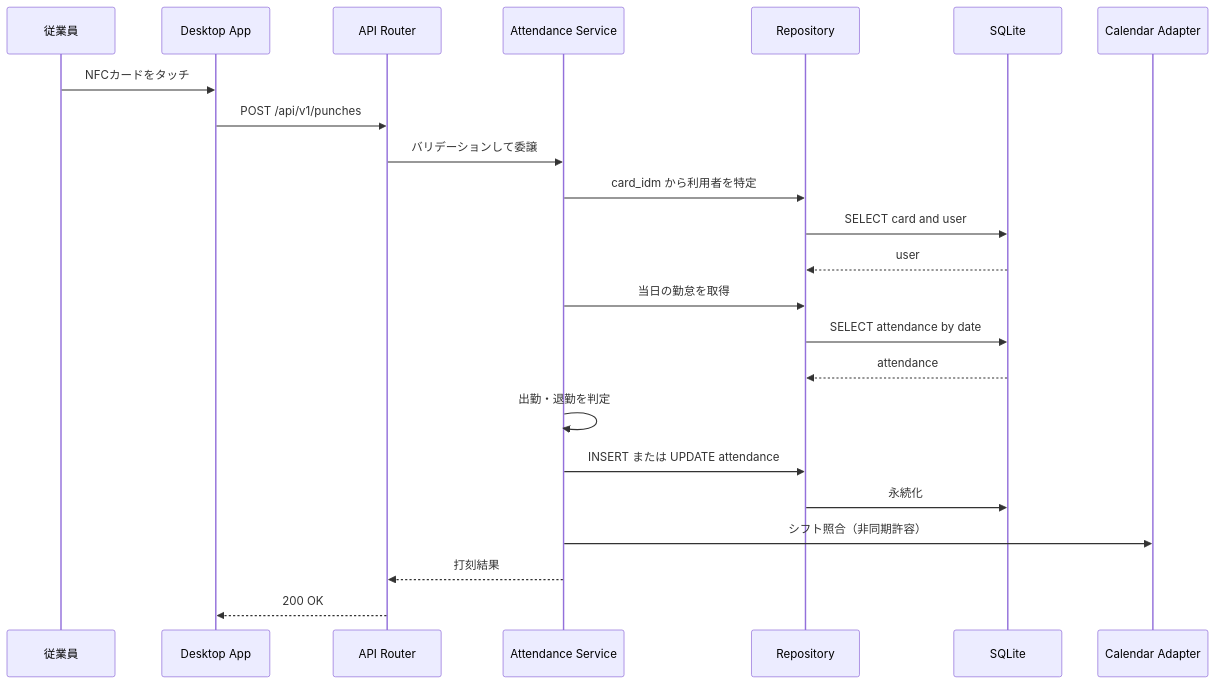
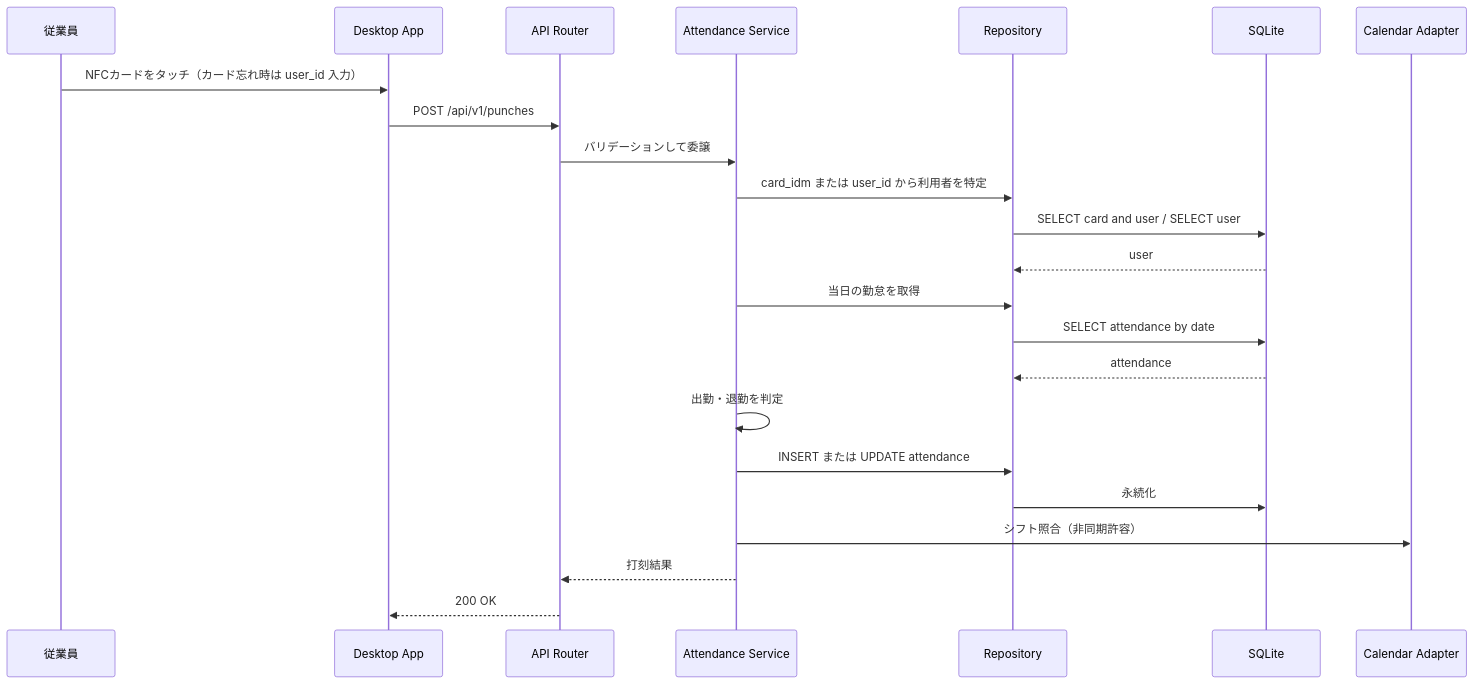
One commit to tukumanalab/kint changed the second of 3 diagrams in docs/architecture.md. Above: the diagram before and after it, drawn with Mermaid. The commit also changed other lines of this file and 2 other files, not shown here.

Commit message:
feat: Enhance API documentation and database design for user_id punch feature

````diff
--- a/docs/architecture.md
+++ b/docs/architecture.md
@@ -54,26 +54,26 @@
 ```mermaid
 sequenceDiagram
   participant Emp as 従業員
   participant Desk as Desktop App
   participant Rt as API Router
   participant Sv as Attendance Service
   participant Rp as Repository
   participant Db as SQLite
   participant Cal as Calendar Adapter
 
-  Emp->>Desk: NFCカードをタッチ
+  Emp->>Desk: NFCカードをタッチ（カード忘れ時は user_id 入力）
   Desk->>Rt: POST /api/v1/punches
   Rt->>Sv: バリデーションして委譲
-  Sv->>Rp: card_idm から利用者を特定
-  Rp->>Db: SELECT card and user
+  Sv->>Rp: card_idm または user_id から利用者を特定
+  Rp->>Db: SELECT card and user / SELECT user
   Db-->>Rp: user
   Sv->>Rp: 当日の勤怠を取得
   Rp->>Db: SELECT attendance by date
   Db-->>Rp: attendance
   Sv->>Sv: 出勤・退勤を判定
   Sv->>Rp: INSERT または UPDATE attendance
   Rp->>Db: 永続化
   Sv->>Cal: シフト照合（非同期許容）
   Sv-->>Rt: 打刻結果
   Rt-->>Desk: 200 OK
 ```
````
